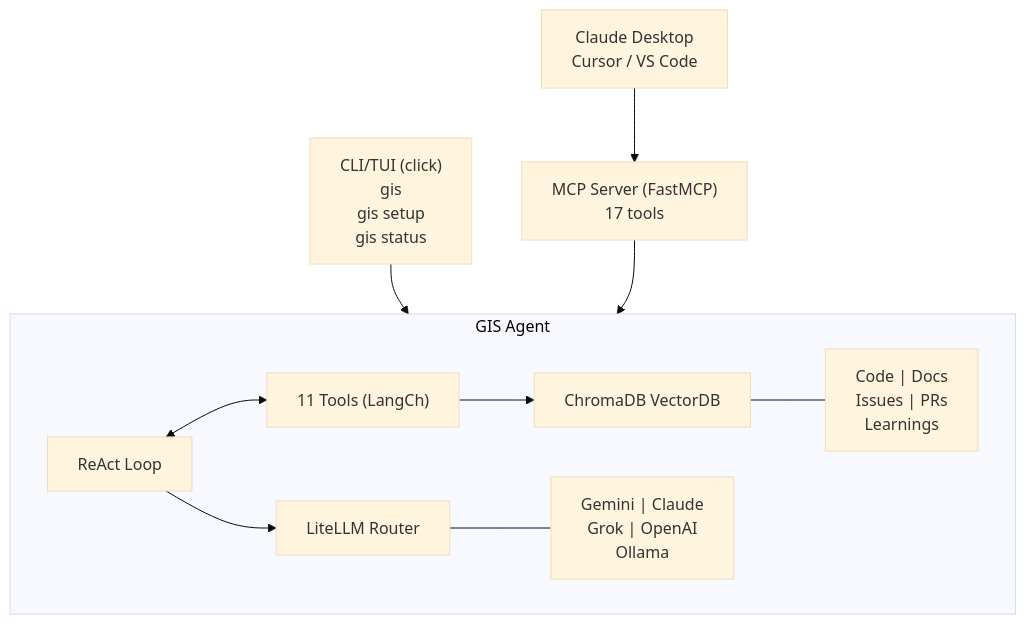
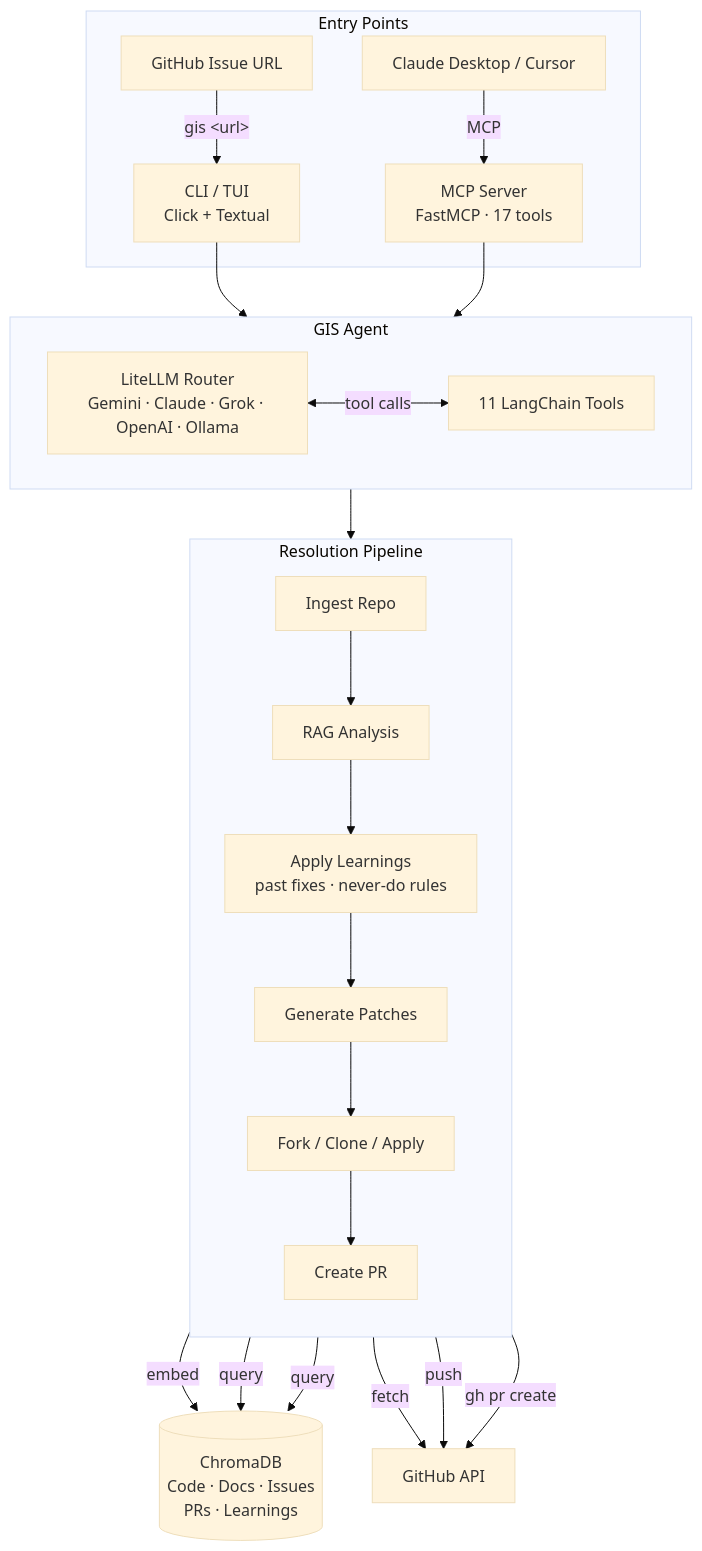
The first of 2 diagrams in README.md (devdattatalele/GIS), drawn with Mermaid (base theme) before and after one commit. The commit also changed other lines of this file, not shown here.

````diff
--- a/README.md
+++ b/README.md
@@ -23,16 +23,35 @@
 ```mermaid
 graph TB
-  subgraph GIS["GIS Agent"]
-    R["ReAct Loop"] <--> T["11 Tools (LangCh)"]
-    R --> L["LiteLLM Router"]
-    T --> C["ChromaDB VectorDB"]
-
-    L --- LP["Gemini | Claude\nGrok | OpenAI\nOllama"]
-    C --- CP["Code | Docs\nIssues | PRs\nLearnings"]
+  subgraph INPUT["Entry Points"]
+    URL["GitHub Issue URL"] -->|"gis &lt;url&gt;"| CLI["CLI / TUI<br/>Click + Textual"]
+    IDE["Claude Desktop / Cursor"] -->|MCP| MCP["MCP Server<br/>FastMCP · 17 tools"]
   end
 
-  CLI["CLI/TUI (click)\ngis <url>\ngis setup\ngis status"] --> GIS
-  MCP["MCP Server (FastMCP)\n17 tools"] --> GIS
-  CLIENT["Claude Desktop\nCursor / VS Code"] --> MCP
+  CLI & MCP --> AGENT
 
+  subgraph AGENT["GIS Agent"]
+    direction LR
+    LLM["LiteLLM Router<br/>Gemini · Claude · Grok · OpenAI · Ollama"]
+    LLM <-->|tool calls| TOOLS["11 LangChain Tools"]
+  end
+
+  AGENT --> PIPELINE
+
+  subgraph PIPELINE["Resolution Pipeline"]
+    direction TB
+    INGEST["Ingest Repo"] --> ANALYZE["RAG Analysis"]
+    ANALYZE --> LEARN["Apply Learnings<br/>past fixes · never-do rules"]
+    LEARN --> PATCH["Generate Patches"]
+    PATCH --> FORK["Fork / Clone / Apply"]
+    FORK --> PR["Create PR"]
+  end
+
+  DB[(ChromaDB<br/>Code · Docs · Issues<br/>PRs · Learnings)]
+  INGEST -->|embed| DB
+  ANALYZE & LEARN -->|query| DB
+
+  GH["GitHub API"]
+  INGEST -->|fetch| GH
+  FORK -->|push| GH
+  PR -->|gh pr create| GH
 ```
````
